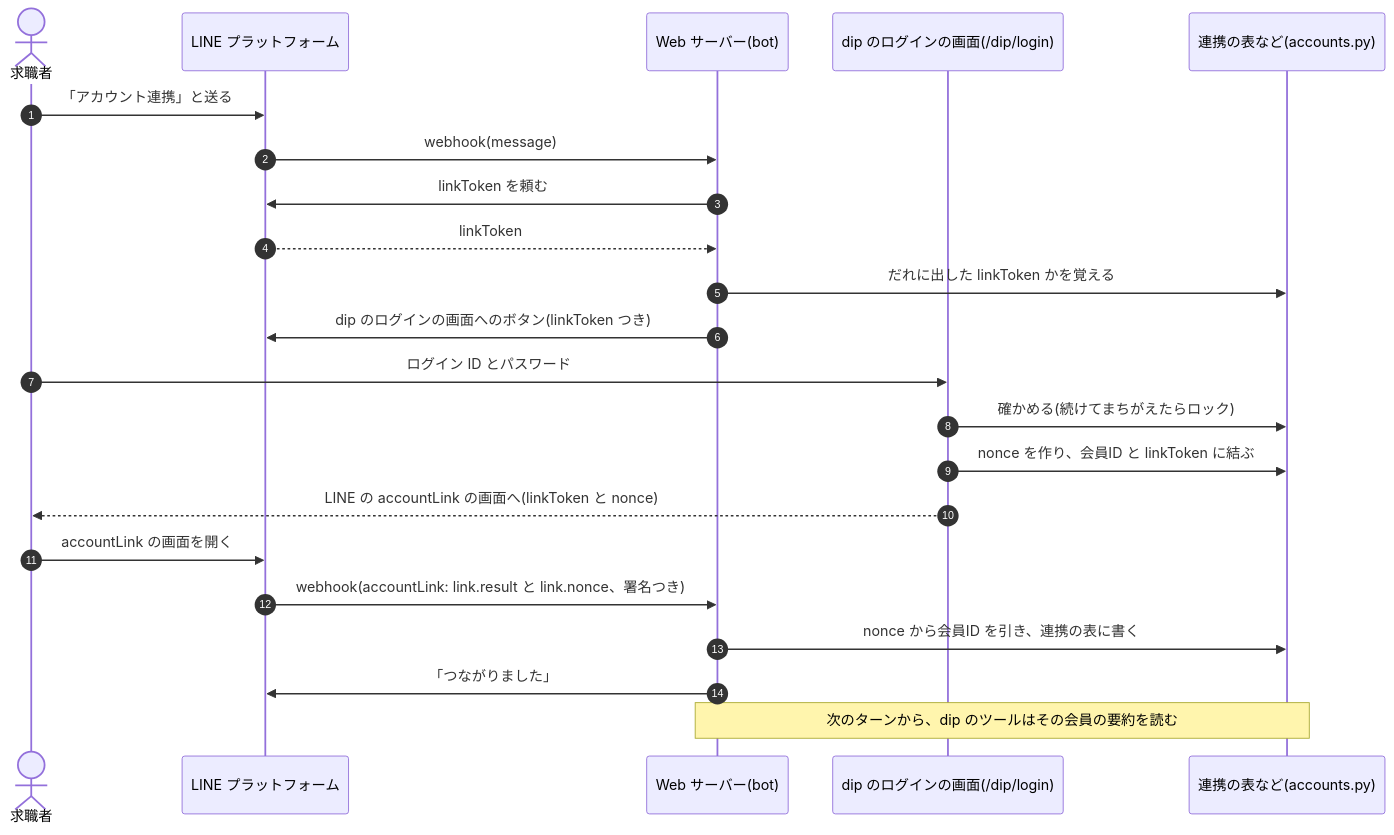
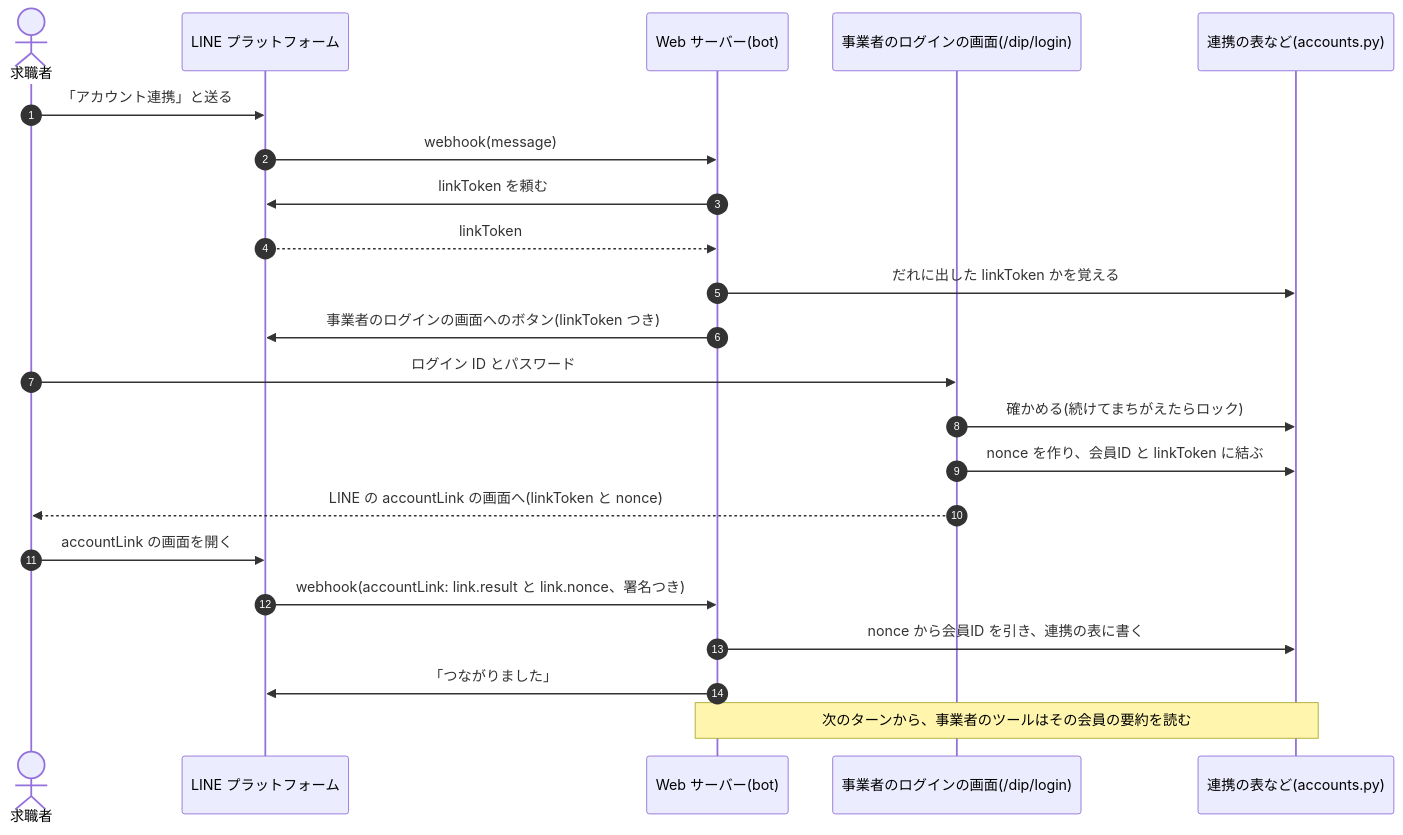
Diagram 13 of 15 in docs/architecture/hld.md (jyoka/aica), drawn with Mermaid before and after one commit. The commit also changed other lines of this file and 51 other files, not shown here.

````diff
--- a/docs/architecture/hld.md
+++ b/docs/architecture/hld.md
@@ -904,25 +904,25 @@
 ```mermaid
 sequenceDiagram
     autonumber
     actor U as 求職者
     participant L as LINE プラットフォーム
     participant B as Web サーバー(bot)
-    participant D as dip のログインの画面(/dip/login)
+    participant D as 事業者のログインの画面(/dip/login)
     participant A as 連携の表など(accounts.py)
 
     U->>L: 「アカウント連携」と送る
     L->>B: webhook(message)
     B->>L: linkToken を頼む
     L-->>B: linkToken
     B->>A: だれに出した linkToken かを覚える
-    B->>L: dip のログインの画面へのボタン(linkToken つき)
+    B->>L: 事業者のログインの画面へのボタン(linkToken つき)
     U->>D: ログイン ID とパスワード
     D->>A: 確かめる(続けてまちがえたらロック)
     D->>A: nonce を作り、会員ID と linkToken に結ぶ
     D-->>U: LINE の accountLink の画面へ(linkToken と nonce)
     U->>L: accountLink の画面を開く
     L->>B: webhook(accountLink: link.result と link.nonce、署名つき)
     B->>A: nonce から会員ID を引き、連携の表に書く
     B->>L: 「つながりました」
-    Note over B,A: 次のターンから、dip のツールはその会員の要約を読む
+    Note over B,A: 次のターンから、事業者のツールはその会員の要約を読む
 ```
````
